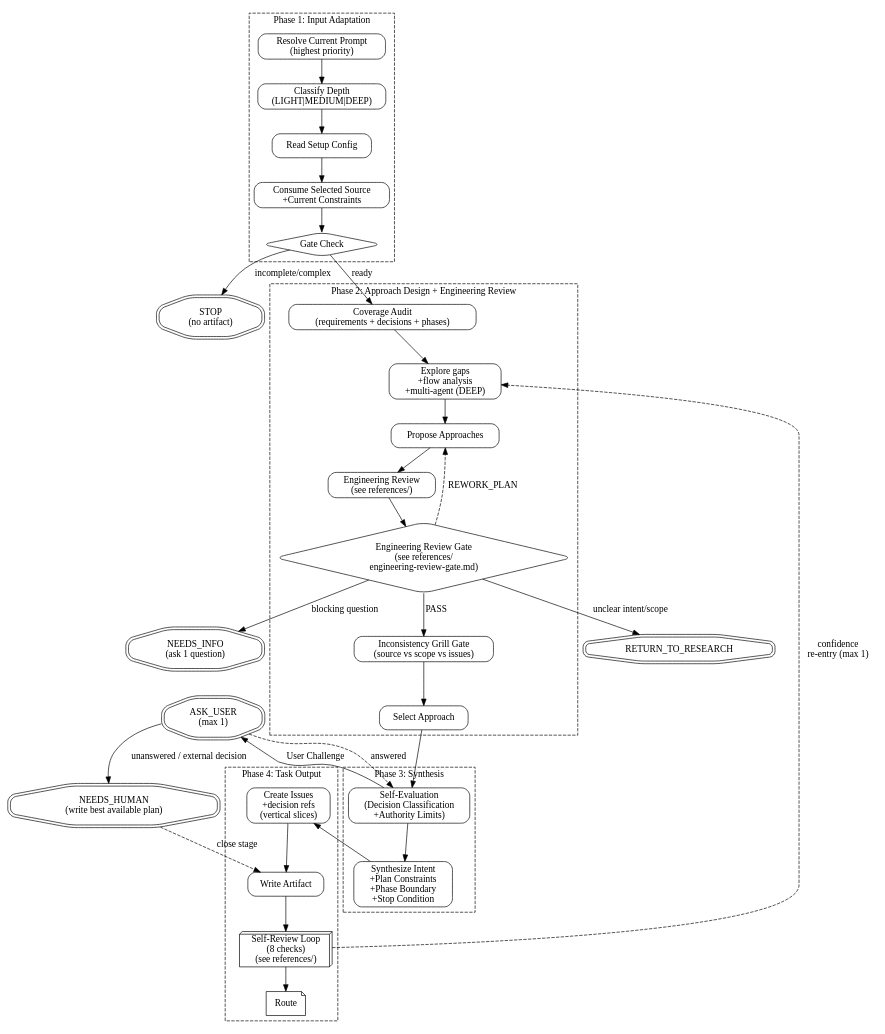
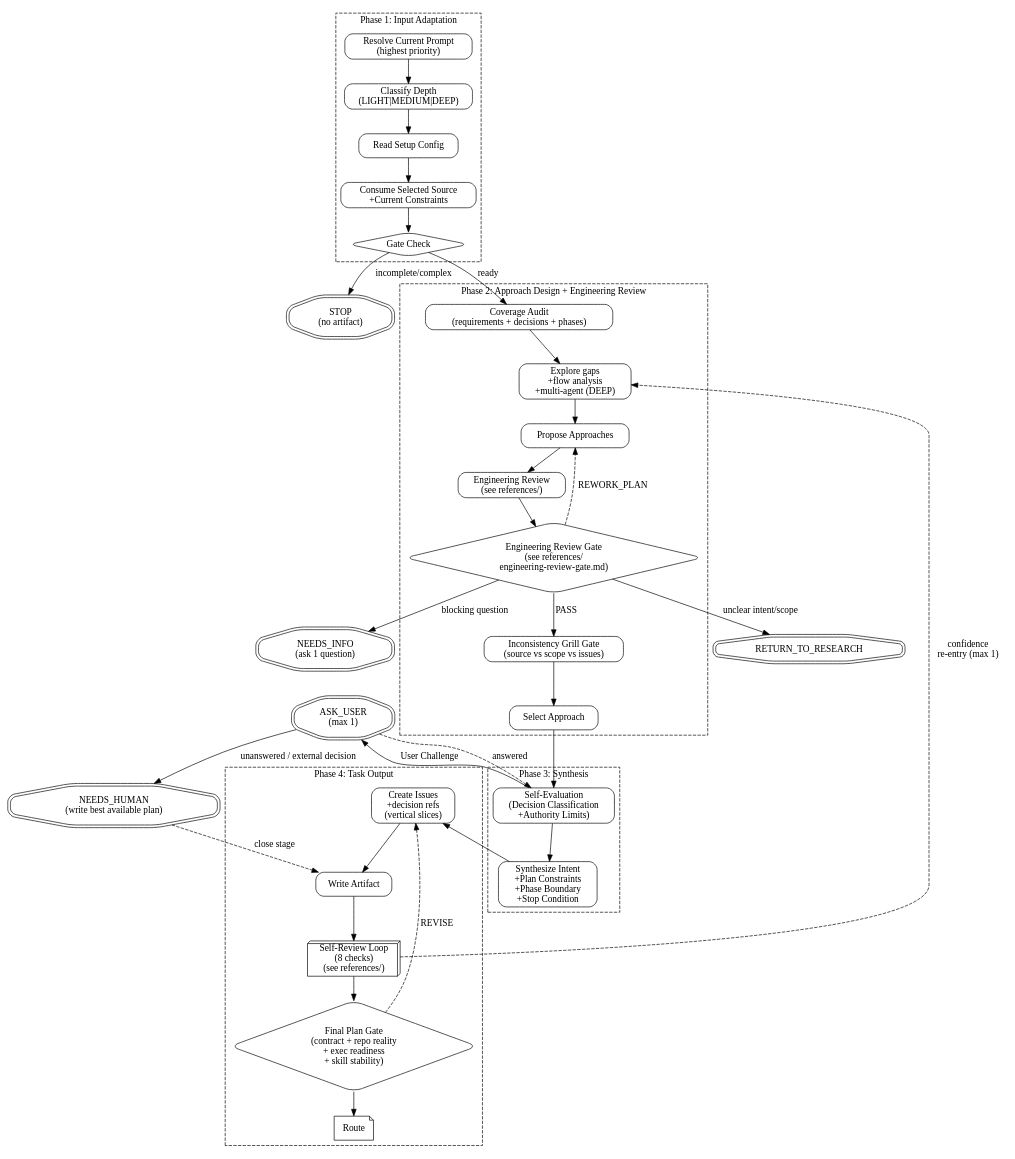
The diagram in skills/pge-plan/SKILL.md (feng-y/pge), drawn with Graphviz before and after one commit. The commit also changed other lines of this file and 5 other files, not shown here.

Commit message:
Add final plan gate for execution readiness

````diff
--- a/skills/pge-plan/SKILL.md
+++ b/skills/pge-plan/SKILL.md
@@ -75,73 +78,75 @@
 ```dot
 digraph pge_plan {
   rankdir=TB;
   node [shape=box, style=rounded];
 
   subgraph cluster_phase1 {
     label="Phase 1: Input Adaptation";
     style=dashed;
     resolve_input [label="Resolve Current Prompt\n(highest priority)"];
     classify_depth [label="Classify Depth\n(LIGHT|MEDIUM|DEEP)"];
     read_config [label="Read Setup Config"];
     consume_upstream [label="Consume Selected Source\n+Current Constraints"];
     gate_check [label="Gate Check", shape=diamond];
     resolve_input -> classify_depth -> read_config -> consume_upstream -> gate_check;
   }
 
   gate_stop [label="STOP\n(no artifact)", shape=doubleoctagon];
   gate_check -> gate_stop [label="incomplete/complex"];
 
   subgraph cluster_phase2 {
     label="Phase 2: Approach Design + Engineering Review";
     style=dashed;
     coverage_audit [label="Coverage Audit\n(requirements + decisions + phases)"];
     explore [label="Explore gaps\n+flow analysis\n+multi-agent (DEEP)"];
     propose [label="Propose Approaches"];
     eng_review [label="Engineering Review\n(see references/)"];
     eng_gate [label="Engineering Review Gate\n(see references/\nengineering-review-gate.md)", shape=diamond];
     grill_gate [label="Inconsistency Grill Gate\n(source vs scope vs issues)"];
     select_approach [label="Select Approach"];
     coverage_audit -> explore -> propose -> eng_review -> eng_gate;
     eng_gate -> grill_gate [label="PASS"];
     eng_gate -> propose [label="REWORK_PLAN", style=dashed];
     grill_gate -> select_approach;
   }
 
   eng_gate_research [label="RETURN_TO_RESEARCH", shape=doubleoctagon];
   eng_gate_info [label="NEEDS_INFO\n(ask 1 question)", shape=doubleoctagon];
   eng_gate -> eng_gate_research [label="unclear intent/scope"];
   eng_gate -> eng_gate_info [label="blocking question"];
 
   gate_check -> coverage_audit [label="ready"];
 
   subgraph cluster_phase3 {
     label="Phase 3: Synthesis";
     style=dashed;
     self_eval [label="Self-Evaluation\n(Decision Classification\n+Authority Limits)"];
     synthesize [label="Synthesize Intent\n+Plan Constraints\n+Phase Boundary\n+Stop Condition"];
     self_eval -> synthesize;
   }
 
   authority_ask [label="ASK_USER\n(max 1)", shape=doubleoctagon];
   needs_human [label="NEEDS_HUMAN\n(write best available plan)", shape=doubleoctagon];
   self_eval -> authority_ask [label="User Challenge"];
   authority_ask -> self_eval [label="answered", style=dashed];
   authority_ask -> needs_human [label="unanswered / external decision"];
 
   select_approach -> self_eval;
 
   subgraph cluster_phase4 {
     label="Phase 4: Task Output";
     style=dashed;
     create_issues [label="Create Issues\n+decision refs\n(vertical slices)"];
     write_artifact [label="Write Artifact"];
     self_review [label="Self-Review Loop\n(8 checks)\n(see references/)", shape=box3d];
+    plan_gate_final [label="Final Plan Gate\n(contract + repo reality\n+ exec readiness\n+ skill stability)", shape=diamond];
     route [label="Route", shape=note];
-    create_issues -> write_artifact -> self_review -> route;
+    create_issues -> write_artifact -> self_review -> plan_gate_final -> route;
+    plan_gate_final -> create_issues [label="REVISE", style=dashed];
   }
 
   synthesize -> create_issues;
   needs_human -> write_artifact [label="close stage", style=dashed];
   self_review -> explore [label="confidence\nre-entry (max 1)", style=dashed];
 }
 ```
````
